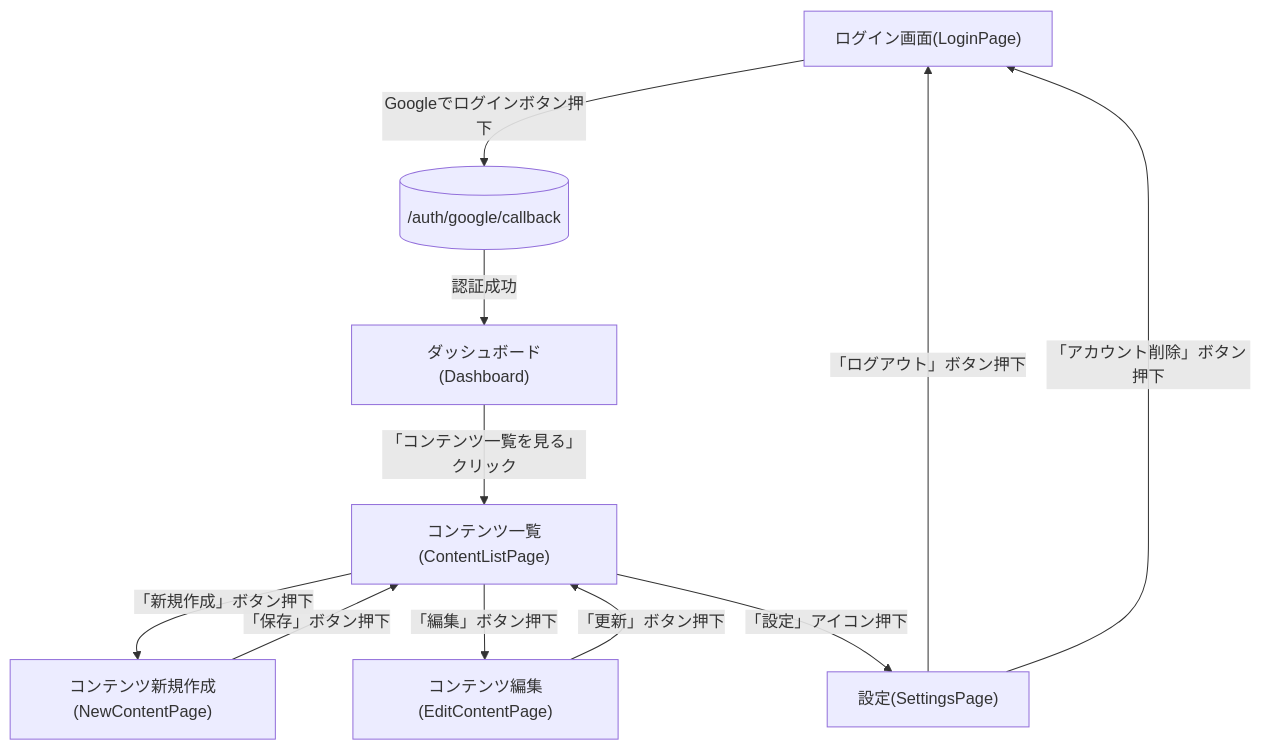
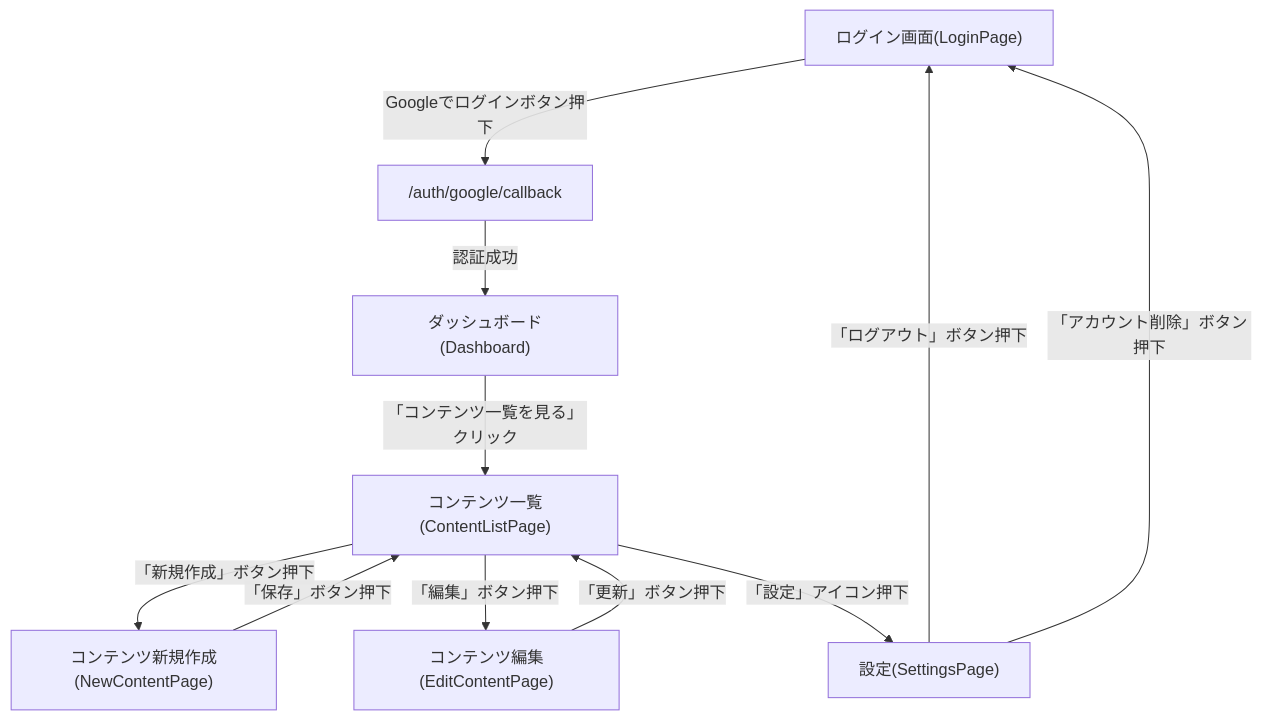
One commit to takiyama-aki/oauth_training changed the second of 2 diagrams in docs/DESIGN.md. Above: the diagram before and after it, drawn with Mermaid. The commit also changed other lines of this file, not shown here.

````diff
--- a/docs/DESIGN.md
+++ b/docs/DESIGN.md
@@ -147,13 +150,13 @@
 ```mermaid
 flowchart TD
-  LoginPage["ログイン画面(LoginPage)"] -->|Googleでログインボタン押下| AuthCallback[("/auth/google/callback")]
+  LoginPage["ログイン画面(LoginPage)"] -->|Googleでログインボタン押下| AuthCallback["/auth/google/callback"]
   AuthCallback -->|認証成功| Dashboard["ダッシュボード(Dashboard)"]
   Dashboard -->|「コンテンツ一覧を見る」クリック| ContentListPage["コンテンツ一覧(ContentListPage)"]
   ContentListPage -->|「新規作成」ボタン押下| NewContentPage["コンテンツ新規作成(NewContentPage)"]
   ContentListPage -->|「編集」ボタン押下| EditContentPage["コンテンツ編集(EditContentPage)"]
   ContentListPage -->|「設定」アイコン押下| SettingsPage["設定(SettingsPage)"]
   NewContentPage -->|「保存」ボタン押下| ContentListPage
   EditContentPage -->|「更新」ボタン押下| ContentListPage
   SettingsPage -->|「ログアウト」ボタン押下| LoginPage
   SettingsPage -->|「アカウント削除」ボタン押下| LoginPage
 ```
````
